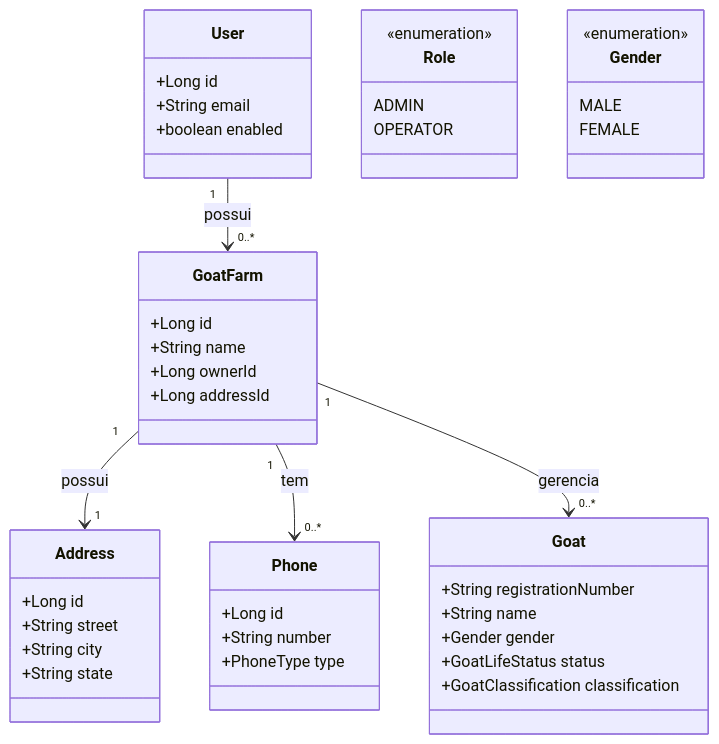
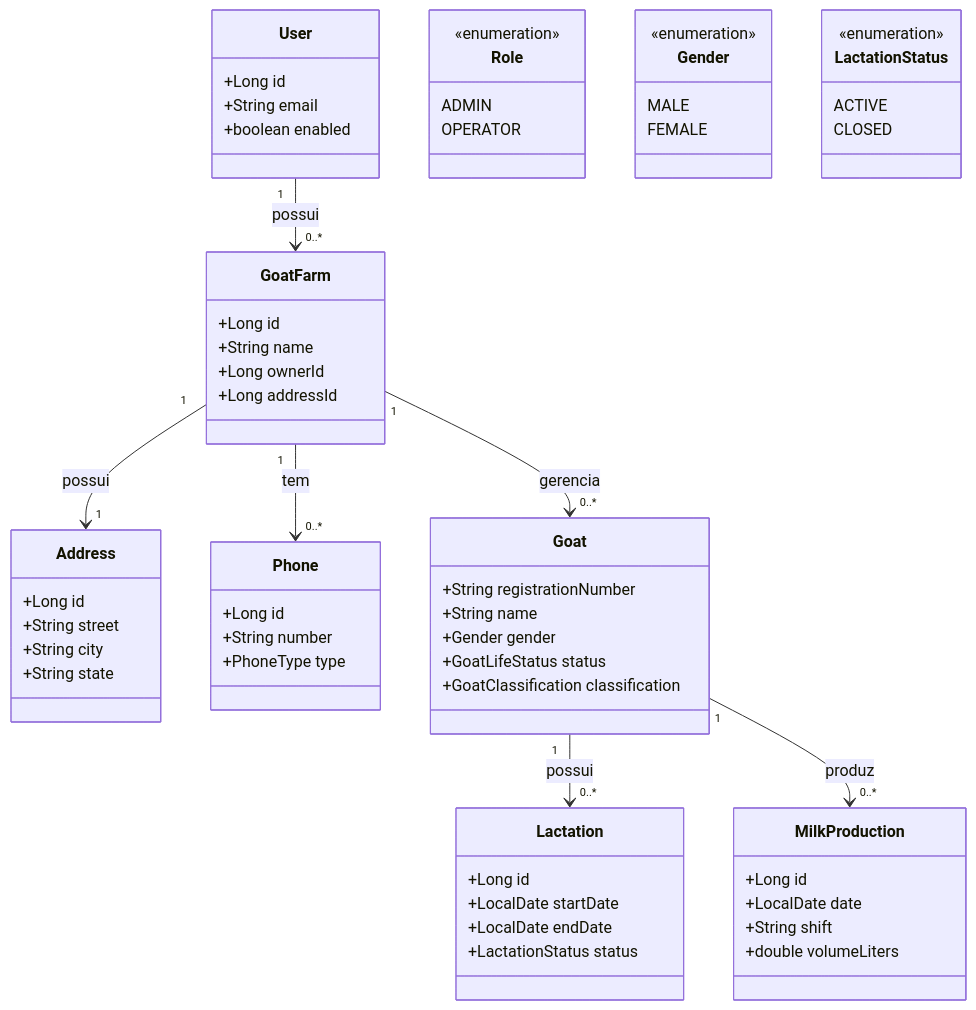
The second of 2 diagrams in README.md (AlbertoVilar/caprigestor-backend), drawn with Mermaid before and after one commit. The commit also changed other lines of this file and 3 other files, not shown here.

Commit message:
docs: update README, UML and documentation with MilkProduction and Lactation modules

````diff
--- a/README.md
+++ b/README.md
@@ -273,57 +294,80 @@
 ```mermaid
 classDiagram
     %% ========== MÓDULO FARM ==========
     class GoatFarm {
         +Long id
         +String name
         +Long ownerId
         +Long addressId
     }
 
     class Address {
         +Long id
         +String street
         +String city
         +String state
     }
 
     class Phone {
         +Long id
         +String number
         +PhoneType type
     }
 
     %% ========== MÓDULO AUTHORITY ==========
     class User {
         +Long id
         +String email
         +boolean enabled
     }
 
     class Role {
         <<enumeration>>
         ADMIN
         OPERATOR
     }
 
     %% ========== MÓDULO GOAT ==========
     class Goat {
         +String registrationNumber
         +String name
         +Gender gender
         +GoatLifeStatus status
         +GoatClassification classification
     }
 
     class Gender {
         <<enumeration>>
         MALE
         FEMALE
     }
 
+    %% ========== MÓDULO MILK ==========
+    class Lactation {
+        +Long id
+        +LocalDate startDate
+        +LocalDate endDate
+        +LactationStatus status
+    }
+
+    class MilkProduction {
+        +Long id
+        +LocalDate date
+        +String shift
+        +double volumeLiters
+    }
+
+    class LactationStatus {
+        <<enumeration>>
+        ACTIVE
+        CLOSED
+    }
+
     %% ========== RELACIONAMENTOS ==========
     GoatFarm "1" --> "1" Address : possui
     GoatFarm "1" --> "0..*" Phone : tem
     GoatFarm "1" --> "0..*" Goat : gerencia
+    Goat "1" --> "0..*" Lactation : possui
+    Goat "1" --> "0..*" MilkProduction : produz
     User "1" --> "0..*" GoatFarm : possui
 ```
````
